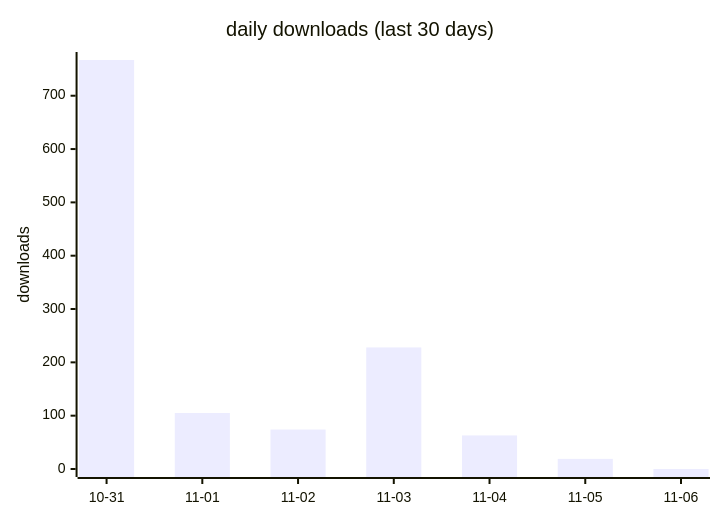
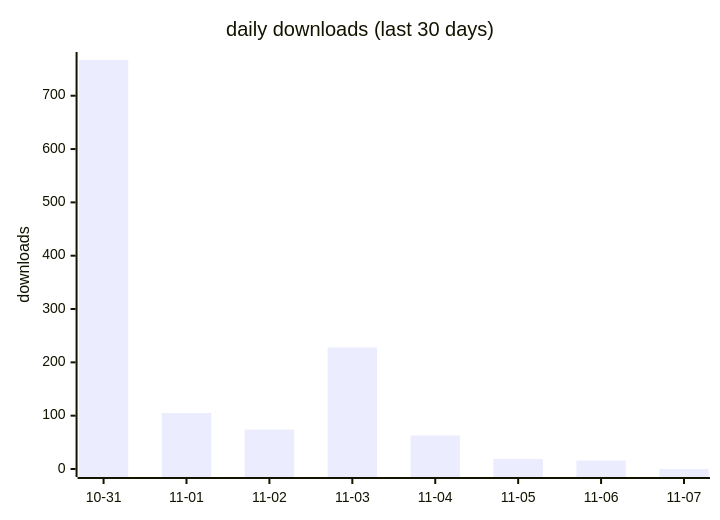
The first of 2 diagrams in docs/downloads-2026.md (terry2010/opencode-loop-recover), drawn with Mermaid before and after one commit. The commit also changed other lines of this file and 1 other file, not shown here.

````diff
--- a/docs/downloads-2026.md
+++ b/docs/downloads-2026.md
@@ -19,7 +19,7 @@
 ```mermaid
 xychart-beta
     title "daily downloads (last 30 days)"
-    x-axis ["10-31", "11-01", "11-02", "11-03", "11-04", "11-05", "11-06"]
+    x-axis ["10-31", "11-01", "11-02", "11-03", "11-04", "11-05", "11-06", "11-07"]
     y-axis "downloads" 0 --> 767
-    bar [767, 105, 74, 228, 63, 19, 0]
+    bar [767, 105, 74, 228, 63, 19, 16, 0]
 ```
````
